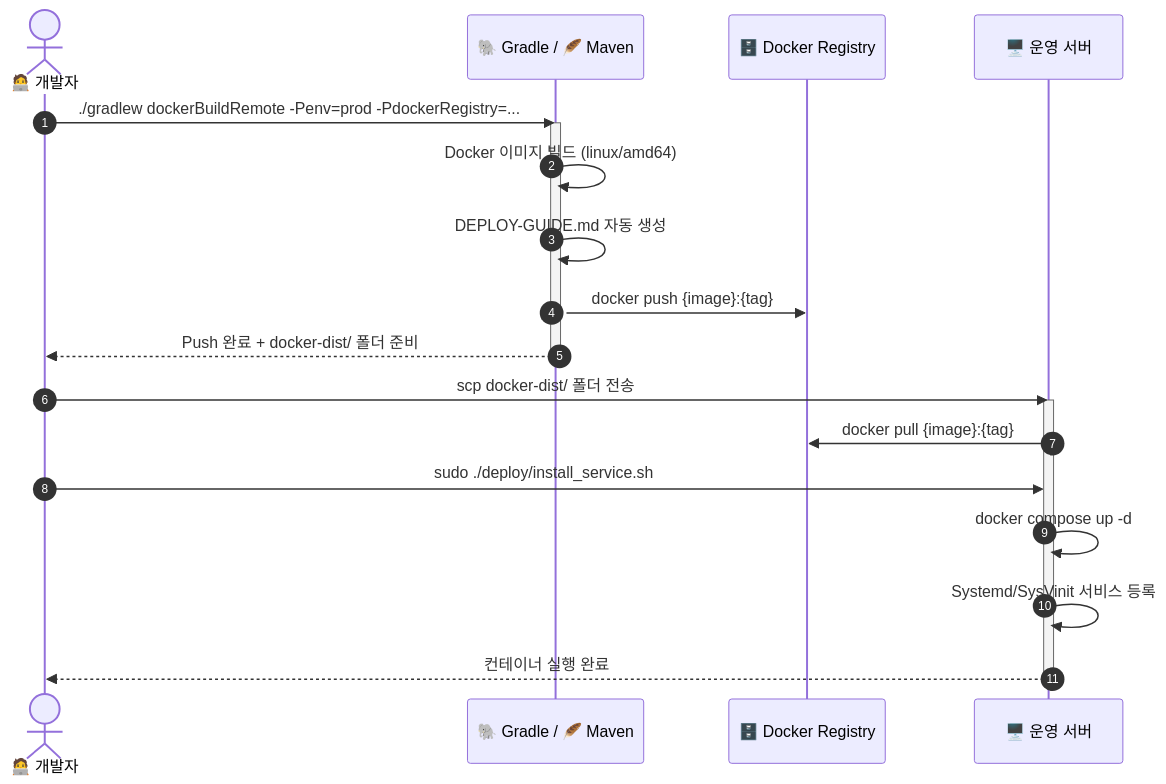
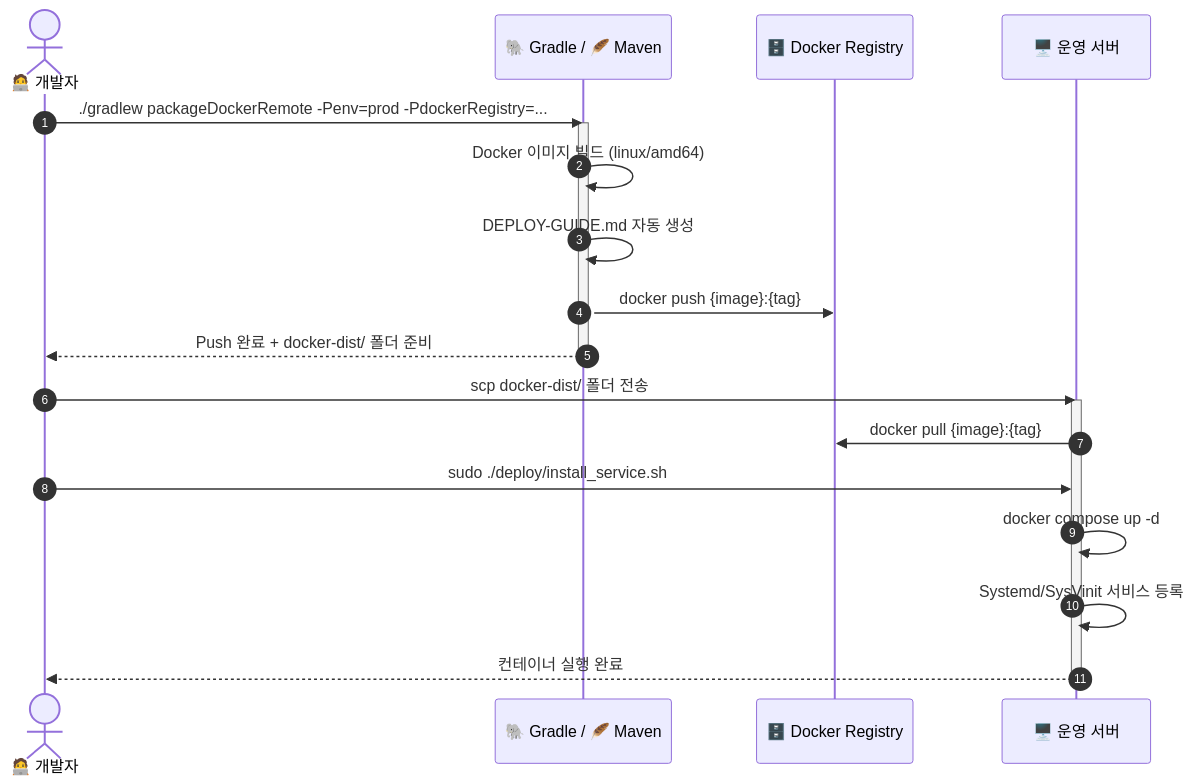
One commit to MJ-Youn/build-template changed the fourth of 4 diagrams in DEVELOPER_GUIDE.md. Above: the diagram before and after it, drawn with Mermaid. The commit also changed other lines of this file and 19 other files, not shown here.

Commit message:
3.1.0 지원, packageDocker packageDockerRemote 지원

````diff
--- a/DEVELOPER_GUIDE.md
+++ b/DEVELOPER_GUIDE.md
@@ -488,25 +488,25 @@
 ```mermaid
 sequenceDiagram
     autonumber
     actor Dev as 🧑‍💻 개발자
     participant Gradle as 🐘 Gradle / 🪶 Maven
     participant Registry as 🗄️ Docker Registry
     participant Server as 🖥️ 운영 서버
 
-    Dev->>Gradle: ./gradlew dockerBuildRemote -Penv=prod -PdockerRegistry=...
+    Dev->>Gradle: ./gradlew packageDockerRemote -Penv=prod -PdockerRegistry=...
     activate Gradle
     Gradle->>Gradle: Docker 이미지 빌드 (linux/amd64)
     Gradle->>Gradle: DEPLOY-GUIDE.md 자동 생성
     Gradle->>Registry: docker push {image}:{tag}
     Gradle-->>Dev: Push 완료 + docker-dist/ 폴더 준비
     deactivate Gradle
 
     Dev->>Server: scp docker-dist/ 폴더 전송
     activate Server
     Server->>Registry: docker pull {image}:{tag}
     Dev->>Server: sudo ./deploy/install_service.sh
     Server->>Server: docker compose up -d
     Server->>Server: Systemd/SysVinit 서비스 등록
     Server-->>Dev: 컨테이너 실행 완료
     deactivate Server
 ```
````
